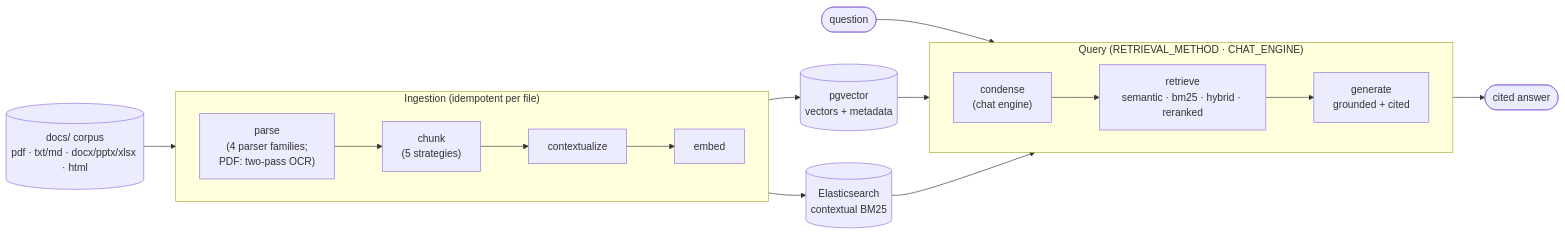
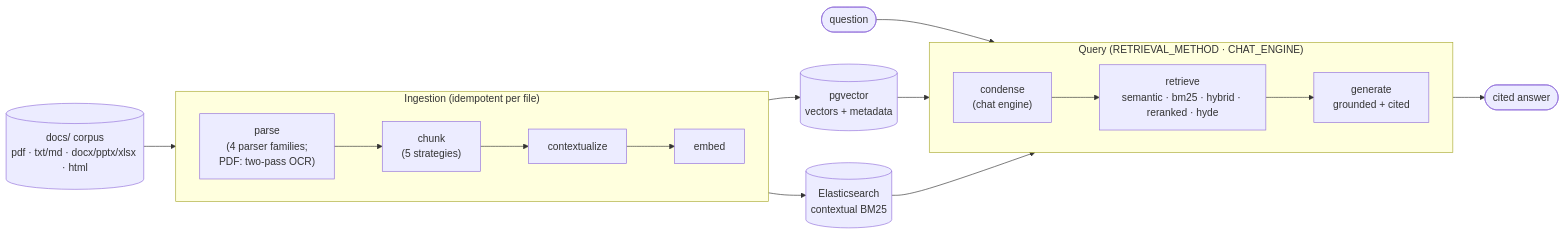
Before and after one commit to luisegarduno/varagity: the second of 3 diagrams in golden-docs/architecture.md, drawn with Mermaid. The commit also changed other lines of this file and 29 other files, not shown here.

````diff
--- a/golden-docs/architecture.md
+++ b/golden-docs/architecture.md
@@ -154,23 +154,23 @@
 ```mermaid
 flowchart LR
     corpus[("docs/ corpus<br/>pdf · txt/md · docx/pptx/xlsx · html")]
 
     subgraph ingest["Ingestion (idempotent per file)"]
         direction LR
         parse["parse<br/>(4 parser families;<br/>PDF: two-pass OCR)"] --> chunk["chunk<br/>(5 strategies)"] --> ctx[contextualize] --> iembed[embed]
     end
 
     corpus --> parse
     iembed --> pg[("pgvector<br/>vectors + metadata")]
     iembed --> es[("Elasticsearch<br/>contextual BM25")]
 
     subgraph query["Query (RETRIEVAL_METHOD · CHAT_ENGINE)"]
         direction LR
-        condense["condense<br/>(chat engine)"] --> retrieve["retrieve<br/>semantic · bm25 · hybrid · reranked"] --> generate["generate<br/>grounded + cited"]
+        condense["condense<br/>(chat engine)"] --> retrieve["retrieve<br/>semantic · bm25 · hybrid · reranked · hyde"] --> generate["generate<br/>grounded + cited"]
     end
 
     question(["question"]) --> condense
     pg --> retrieve
     es --> retrieve
     generate --> answer(["cited answer"])
 ```
````
